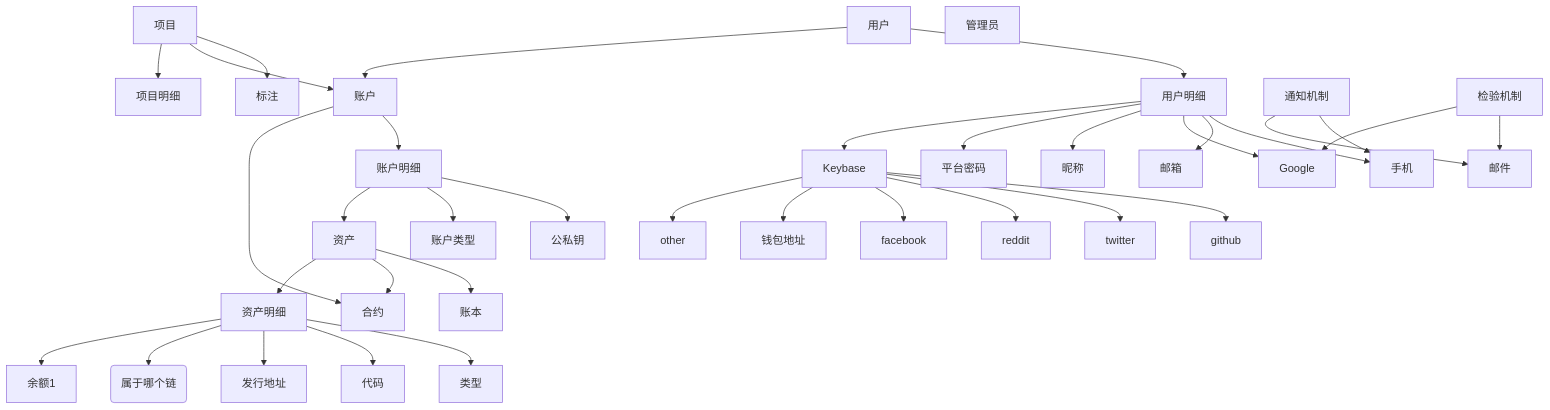
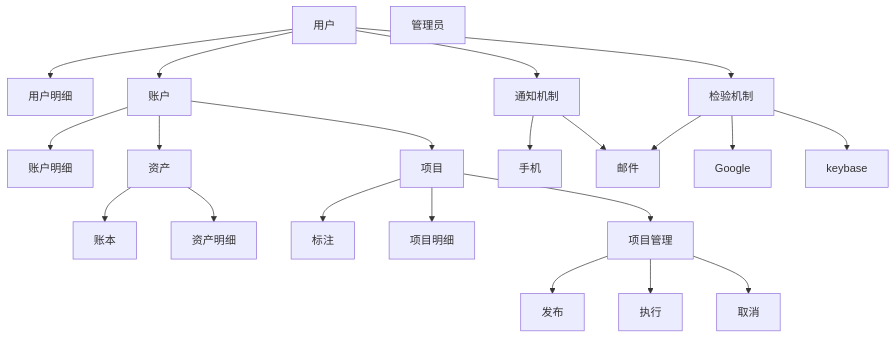
Before and after one commit to neomaclin/designdoc: the first of 5 diagrams in Readme.md, drawn with Mermaid.

````diff
--- a/Readme.md
+++ b/Readme.md
@@ -4,41 +4,27 @@
 ```mermaid
 graph TB
 
 用户 --> 用户明细
-用户明细 --> 手机
-用户明细 --> 邮箱
-用户明细 --> Google
-用户明细 --> 昵称 
-用户明细 --> 平台密码
-用户明细 --> Keybase
-Keybase --> github
-Keybase --> twitter
-Keybase --> reddit
-Keybase --> facebook
-Keybase --> 钱包地址
-Keybase --> other
 用户 --> 账户
+用户 --> 检验机制
+用户 --> 通知机制
 账户 --> 账户明细
-账户 --> 合约
-账户明细 --> 公私钥
-账户明细 --> 账户类型
-账户明细 --> 资产
+账户 --> 资产
 资产 --> 账本
-资产 --> 合约
 资产 --> 资产明细
-资产明细 --> 类型
-资产明细 --> 代码
-资产明细 --> 发行地址
-资产明细 --> 发行源(属于哪个链)
-资产明细 --> 余额1
 项目 --> 标注
-项目 --> 账户
+账户 --> 项目
 项目 --> 项目明细
+项目 --> 项目管理
+项目管理 --> 发布
+项目管理 --> 执行
+项目管理 --> 取消
 管理员 
 通知机制 --> 手机
 通知机制 --> 邮件
 检验机制 --> 邮件
 检验机制 --> Google
+检验机制 --> keybase
 
 
 ```
````
